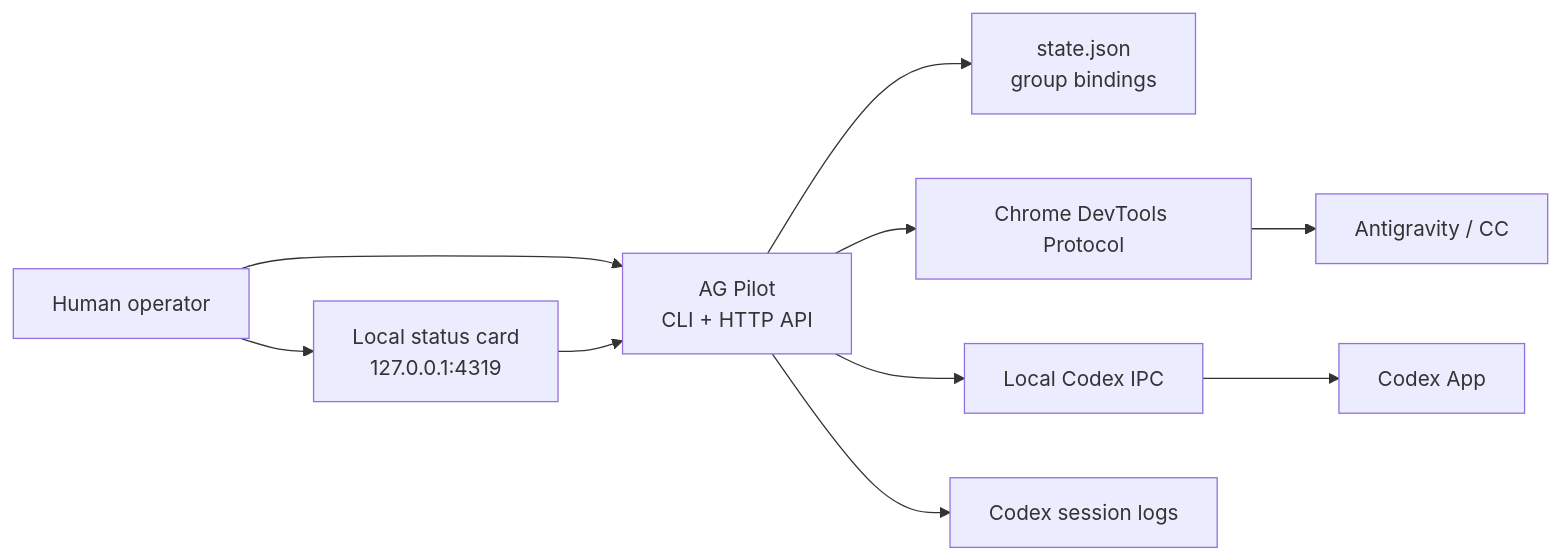
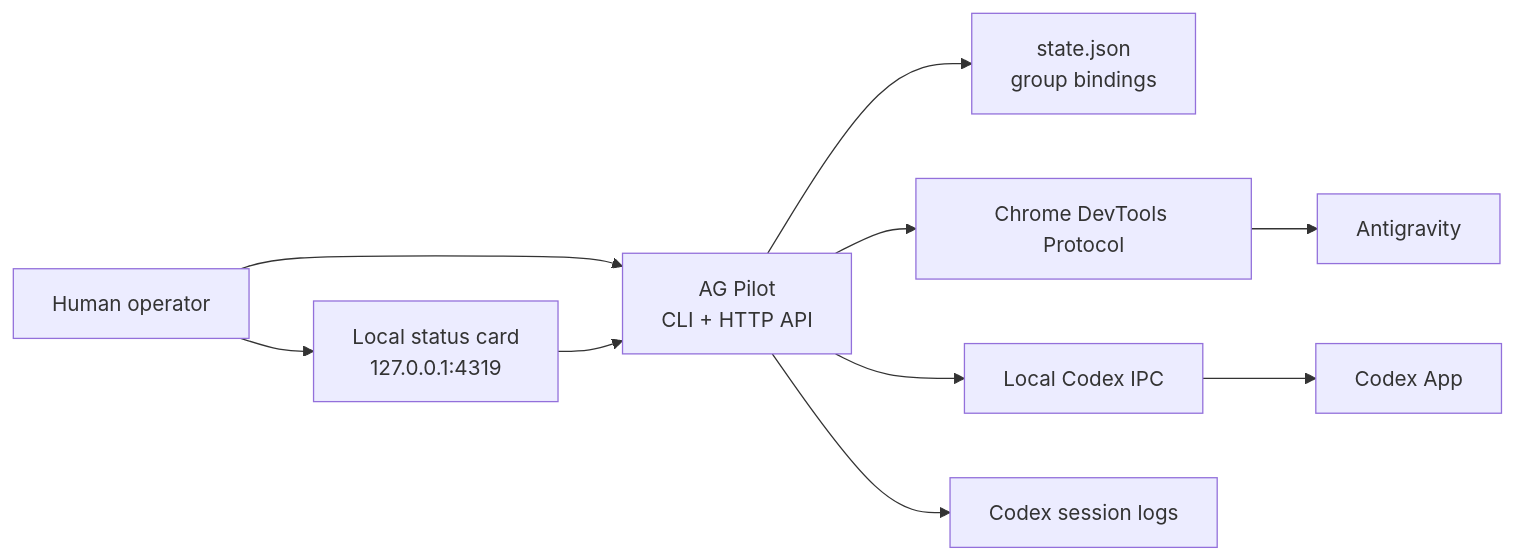
One commit to sefuzhou770801-hub/ag-pilot changed the diagram in README.md. Above: the diagram before and after it, drawn with Mermaid. The commit also changed other lines of this file and 20 other files, not shown here.

````diff
--- a/README.md
+++ b/README.md
@@ -70,22 +71,22 @@
 ```mermaid
 flowchart LR
   Human["Human operator"]
   Card["Local status card<br/>127.0.0.1:4319"]
   Bridge["AG Pilot<br/>CLI + HTTP API"]
   State["state.json<br/>group bindings"]
-  AG["Antigravity / CC"]
+  AG["Antigravity"]
   CDP["Chrome DevTools Protocol"]
   Codex["Codex App"]
   IPC["Local Codex IPC"]
   Logs["Codex session logs"]
 
   Human --> Card
   Human --> Bridge
   Card --> Bridge
   Bridge --> State
   Bridge --> CDP
   CDP --> AG
   Bridge --> IPC
   IPC --> Codex
   Bridge --> Logs
 ```
````
